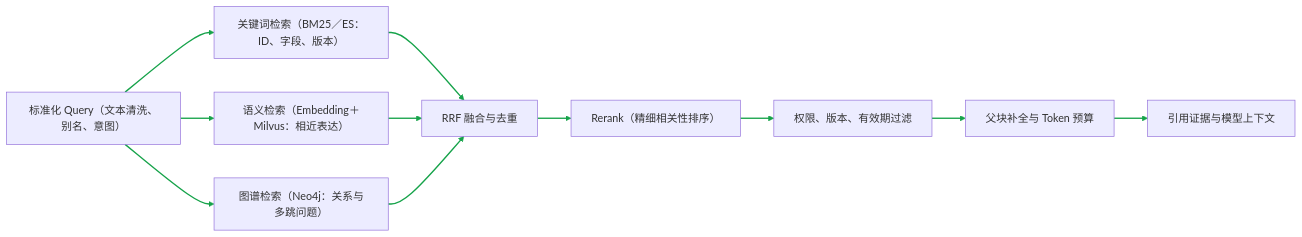
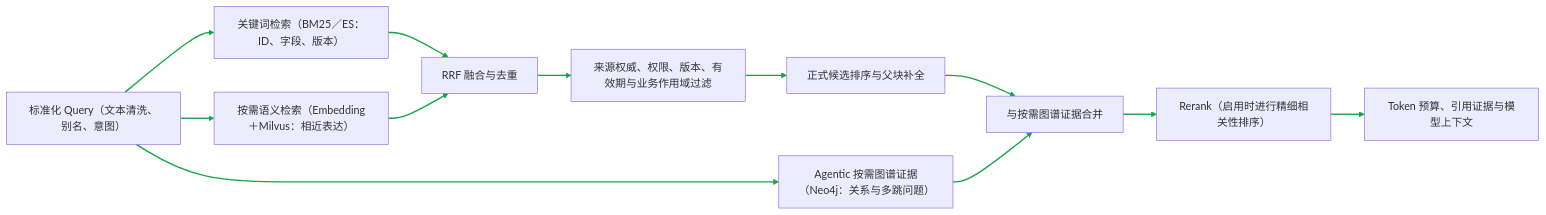
The tenth of 20 diagrams in docs/interview/功能步骤流程.md (monstereatai/RAG), drawn with Mermaid before and after one commit. The commit also changed other lines of this file and 97 other files, not shown here.

````diff
--- a/docs/interview/功能步骤流程.md
+++ b/docs/interview/功能步骤流程.md
@@ -313,14 +440,15 @@
 ```mermaid
 flowchart LR
   A[标准化 Query（文本清洗、别名、意图）] --> B[关键词检索（BM25／ES：ID、字段、版本）]
-  A --> C[语义检索（Embedding＋Milvus：相近表达）]
-  A --> D[图谱检索（Neo4j：关系与多跳问题）]
+  A --> C[按需语义检索（Embedding＋Milvus：相近表达）]
+  A --> D[Agentic 按需图谱证据（Neo4j：关系与多跳问题）]
   B --> E[RRF 融合与去重]
   C --> E
-  D --> E
-  E --> F[Rerank（精细相关性排序）]
-  F --> G[权限、版本、有效期过滤]
-  G --> H[父块补全与 Token 预算]
-  H --> I[引用证据与模型上下文]
-  linkStyle 0,1,2,3,4,5,6,7,8,9 stroke:#16a34a,stroke-width:2px
+  E --> F[来源权威、权限、版本、有效期与业务作用域过滤]
+  F --> G[正式候选排序与父块补全]
+  G --> H[与按需图谱证据合并]
+  D --> H
+  H --> I[Rerank（启用时进行精细相关性排序）]
+  I --> J[Token 预算、引用证据与模型上下文]
+  linkStyle 0,1,2,3,4,5,6,7,8,9,10 stroke:#16a34a,stroke-width:2px
 ```
````
